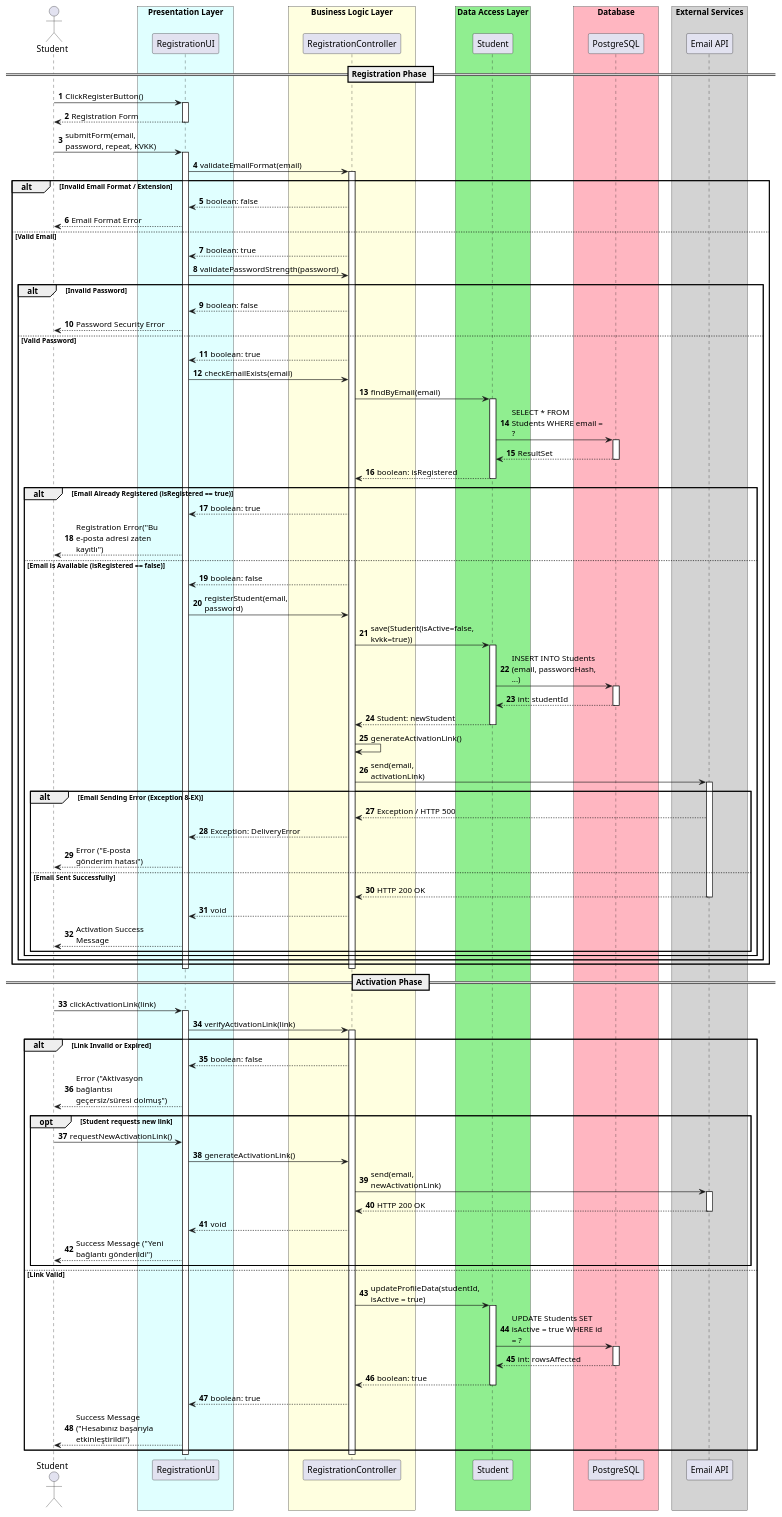
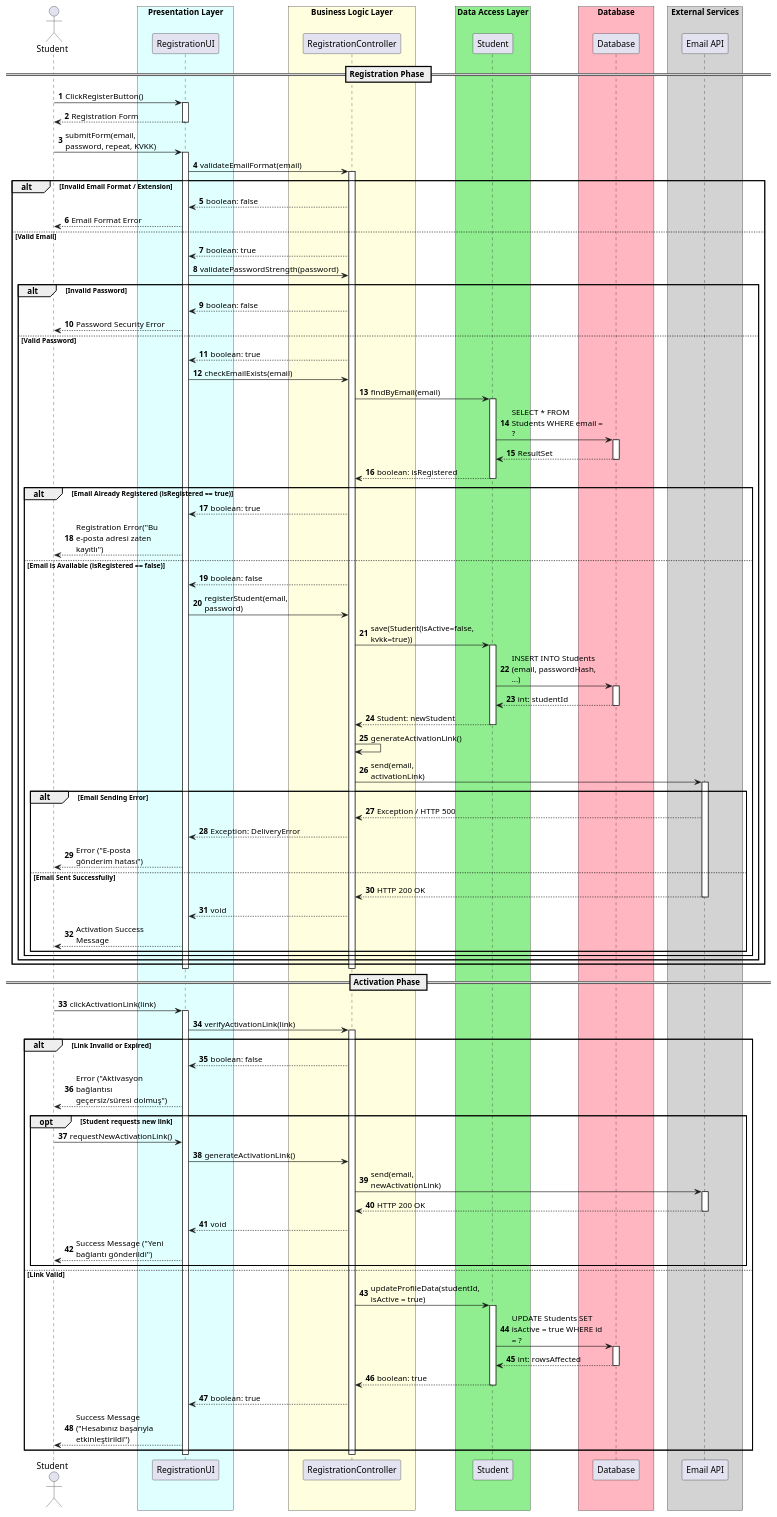
One commit to UTMS-G02/utms changed the diagram in docs/uml/uc-1.puml. Above: the diagram before and after it, drawn with PlantUML. The commit also changed 1 other file, not shown here.

```diff
--- a/docs/uml/uc-1.puml
+++ b/docs/uml/uc-1.puml
@@ -1,146 +1,146 @@
 @startuml uc-1
 autonumber
 skinparam maxMessageSize 150
 skinparam ParticipantPadding 20
 skinparam BoxPadding 10
 
 actor Student
 box "Presentation Layer" #LightCyan
 participant "RegistrationUI" as UI
 end box
 
 box "Business Logic Layer" #LightYellow
 participant "RegistrationController" as Controller
 end box
 
 box "Data Access Layer" #LightGreen
 participant "Student" as DataAccess
 end box
 
 box "Database" #LightPink
-participant "PostgreSQL" as DB
+participant "Database" as DB
 end box
 
 box "External Services" #LightGray
 participant "Email API" as Email
 end box
 
 == Registration Phase ==
 
 Student -> UI: ClickRegisterButton()
 activate UI
 UI --> Student: Registration Form
 deactivate UI
 
 Student -> UI: submitForm(email, password, repeat, KVKK)
 activate UI
 
 UI -> Controller: validateEmailFormat(email)
 activate Controller
 alt Invalid Email Format / Extension
     Controller --> UI: boolean: false
     UI --> Student: Email Format Error
 else Valid Email
     Controller --> UI: boolean: true
     UI -> Controller: validatePasswordStrength(password)
     
     alt Invalid Password
         Controller --> UI: boolean: false
         UI --> Student: Password Security Error
     else Valid Password
         Controller --> UI: boolean: true
         
         UI -> Controller: checkEmailExists(email)
         Controller -> DataAccess: findByEmail(email)
         activate DataAccess
         
         DataAccess -> DB: SELECT * FROM Students WHERE email = ?
         activate DB
         DB --> DataAccess: ResultSet
         deactivate DB
         
         DataAccess --> Controller: boolean: isRegistered
         deactivate DataAccess
         
         alt Email Already Registered (isRegistered == true)
             Controller --> UI: boolean: true
             UI --> Student: Registration Error("Bu e-posta adresi zaten kayıtlı")
         else Email is Available (isRegistered == false)
             Controller --> UI: boolean: false
             
             UI -> Controller: registerStudent(email, password)
             Controller -> DataAccess: save(Student(isActive=false, kvkk=true))
             activate DataAccess
             
             DataAccess -> DB: INSERT INTO Students (email, passwordHash, ...)
             activate DB
             DB --> DataAccess: int: studentId
             deactivate DB
             
             DataAccess --> Controller: Student: newStudent
             deactivate DataAccess
             
             Controller -> Controller: generateActivationLink()
             
             Controller -> Email: send(email, activationLink)
             activate Email
             
-            alt Email Sending Error (Exception 8-EX)
+            alt Email Sending Error 
                 Email --> Controller: Exception / HTTP 500
                 Controller --> UI: Exception: DeliveryError
                 UI --> Student: Error ("E-posta gönderim hatası")
             else Email Sent Successfully
                 Email --> Controller: HTTP 200 OK
                 deactivate Email
                 Controller --> UI: void
                 UI --> Student: Activation Success Message
             end
         end
     end
 end
 deactivate Controller
 deactivate UI
 
 == Activation Phase ==
 
 Student -> UI: clickActivationLink(link)
 activate UI
 
 UI -> Controller: verifyActivationLink(link)
 activate Controller
 
 alt Link Invalid or Expired
     Controller --> UI: boolean: false
     UI --> Student: Error ("Aktivasyon bağlantısı geçersiz/süresi dolmuş")
     
     opt Student requests new link
         Student -> UI: requestNewActivationLink()
         UI -> Controller: generateActivationLink()
         Controller -> Email: send(email, newActivationLink)
         activate Email
         Email --> Controller: HTTP 200 OK
         deactivate Email
         Controller --> UI: void
         UI --> Student: Success Message ("Yeni bağlantı gönderildi")
     end
     
 else Link Valid
     Controller -> DataAccess: updateProfileData(studentId, isActive = true)
     activate DataAccess
     
     DataAccess -> DB: UPDATE Students SET isActive = true WHERE id = ?
     activate DB
     DB --> DataAccess: int: rowsAffected
     deactivate DB
     
     DataAccess --> Controller: boolean: true
     deactivate DataAccess
     
     Controller --> UI: boolean: true
     UI --> Student: Success Message ("Hesabınız başarıyla etkinleştirildi")
 end
 
 deactivate Controller
 deactivate UI
 
 @enduml
```
